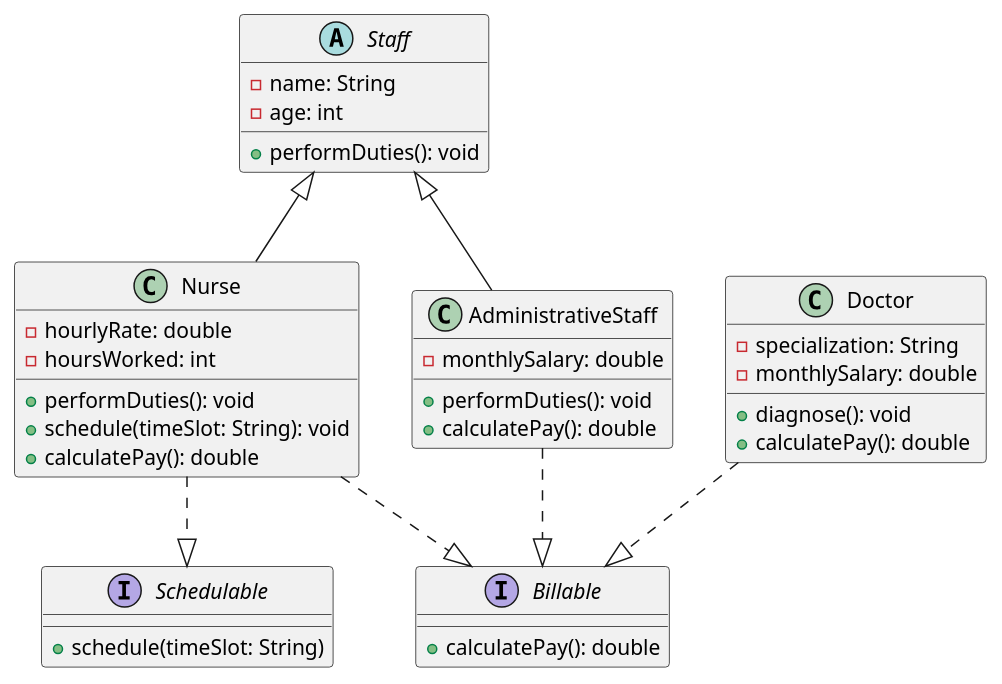
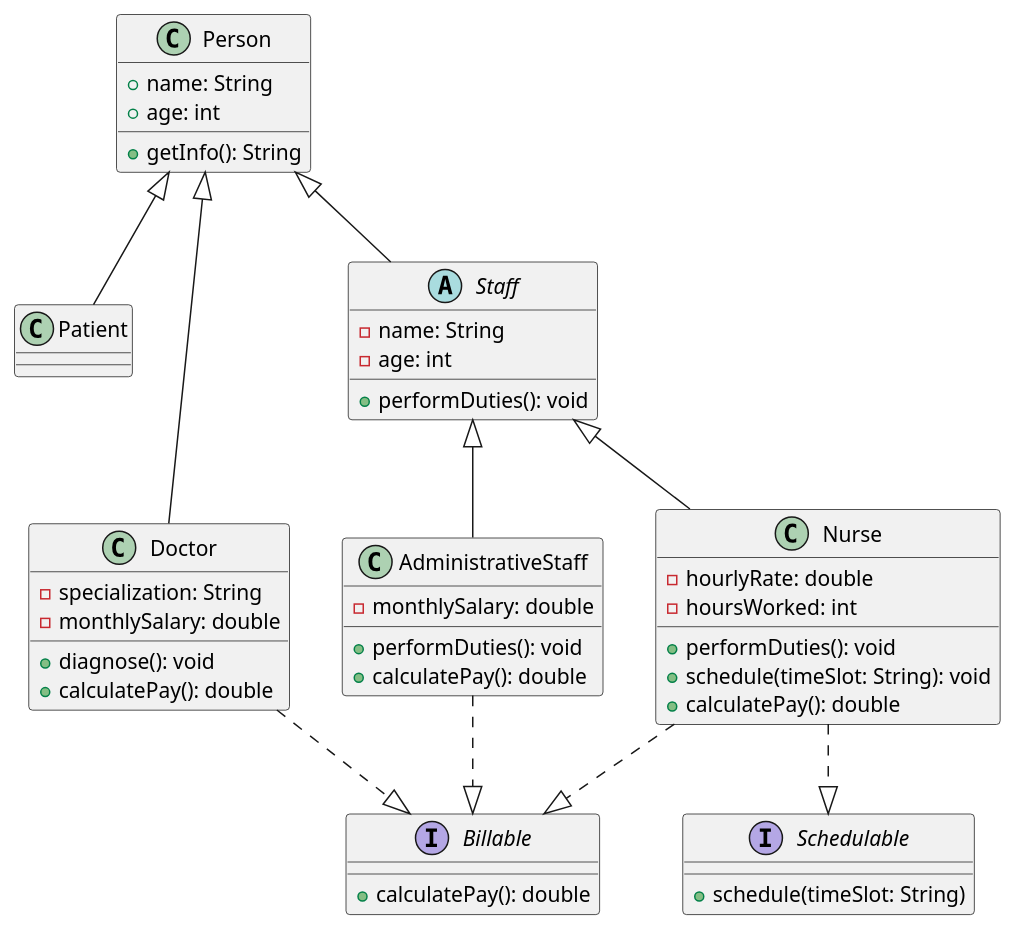
Before and after one commit to pbobinski-WSB/WSB_PO_cw_2025L: the diagram in src/wsb/po/szpital/uml/diag_staff.puml, drawn with PlantUML. The commit also changed 3 other files, not shown here.

```diff
--- a/src/wsb/po/szpital/uml/diag_staff.puml
+++ b/src/wsb/po/szpital/uml/diag_staff.puml
@@ -1,48 +1,58 @@
 @startuml
 
 interface Schedulable {
     +schedule(timeSlot: String)
 }
 
 interface Billable {
     +calculatePay(): double
 }
 
+class Person {
+  +name: String
+  +age: int
+  +getInfo(): String
+}
+
+Person <|-- Patient
+Person <|-- Doctor
+
 abstract class Staff {
     -name: String
     -age: int
     +performDuties(): void
 }
 
+Person <|-- Staff
 
 class Nurse {
     -hourlyRate: double
     -hoursWorked: int
     +performDuties(): void
     +schedule(timeSlot: String): void
     +calculatePay(): double
 }
 
 class AdministrativeStaff {
     -monthlySalary: double
     +performDuties(): void
     +calculatePay(): double
 }
 
 
 class Doctor {
     -specialization: String
     -monthlySalary: double
     +diagnose(): void
     +calculatePay(): double
 }
 
 Staff <|-- Nurse
 Staff <|-- AdministrativeStaff
 
 Nurse ..|> Schedulable
 Nurse ..|> Billable
 AdministrativeStaff ..|> Billable
 Doctor ..|> Billable
 
 @enduml
```
